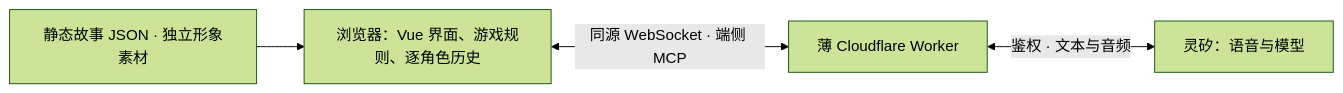
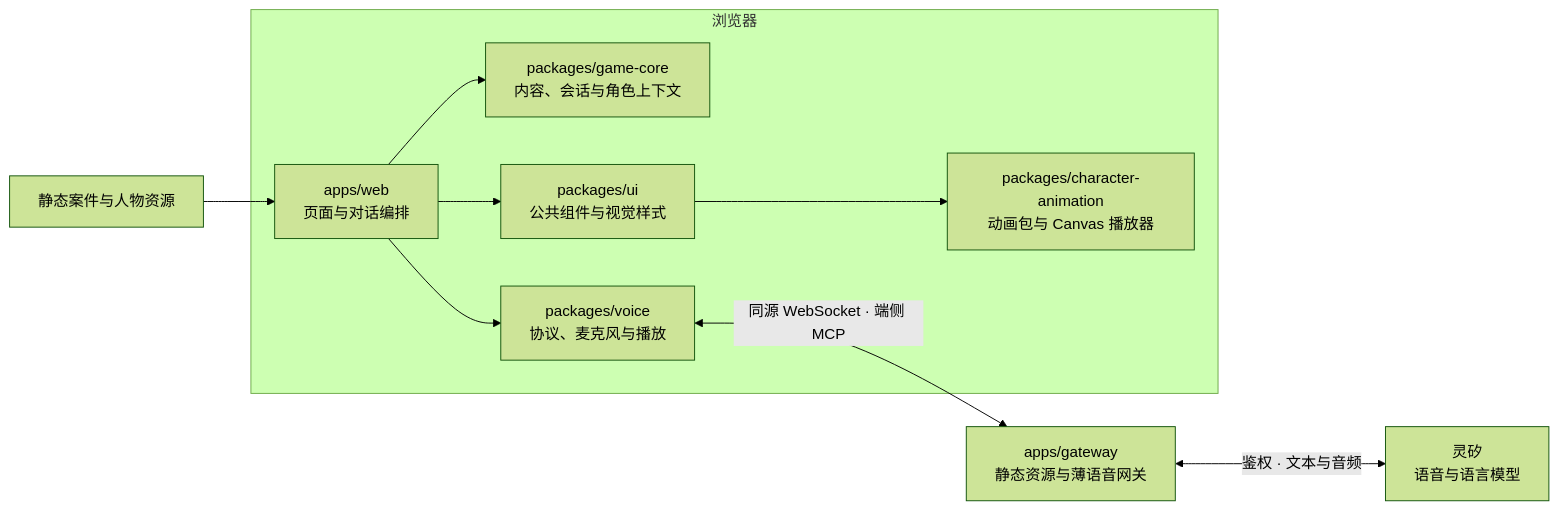
Before and after one commit to nighca/lie: the diagram in README.zh-CN.md, drawn with Mermaid (forest theme). The commit also changed other lines of this file and 1 other file, not shown here.

Commit message:
docs: align README architecture diagrams with module responsibilities

````diff
--- a/README.zh-CN.md
+++ b/README.zh-CN.md
@@ -83,6 +83,20 @@
 ```mermaid
 flowchart LR
-    Content["静态故事 JSON · 独立形象素材"] --> Browser["浏览器：Vue 界面、游戏规则、逐角色历史"]
-    Browser <-->|"同源 WebSocket · 端侧 MCP"| Worker["薄 Cloudflare Worker"]
-    Worker <-->|"鉴权 · 文本与音频"| Linx["灵矽：语音与模型"]
+    Content["静态案件与人物资源"]
+    subgraph Browser["浏览器"]
+        Web["apps/web<br/>页面与对话编排"]
+        Core["packages/game-core<br/>内容、会话与角色上下文"]
+        UI["packages/ui<br/>公共组件与视觉样式"]
+        Voice["packages/voice<br/>协议、麦克风与播放"]
+        Animation["packages/character-animation<br/>动画包与 Canvas 播放器"]
+        Web --> Core
+        Web --> UI
+        Web --> Voice
+        UI --> Animation
+    end
+    Gateway["apps/gateway<br/>静态资源与薄语音网关"]
+    Linx["灵矽<br/>语音与语言模型"]
+    Content --> Web
+    Voice <-->|"同源 WebSocket · 端侧 MCP"| Gateway
+    Gateway <-->|"鉴权 · 文本与音频"| Linx
 ```
````
